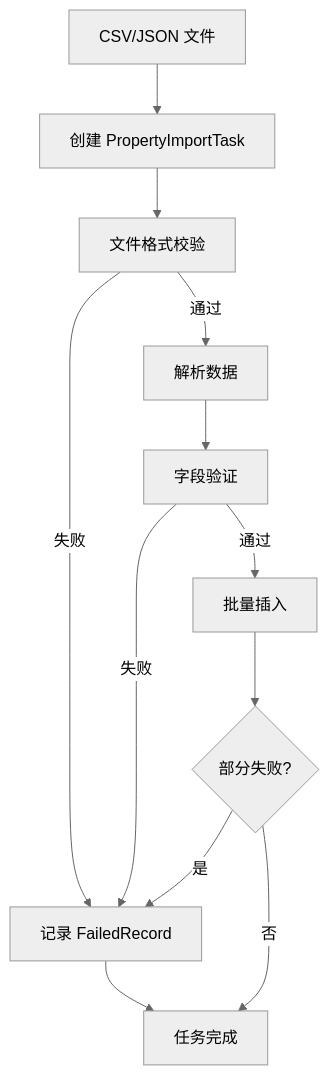
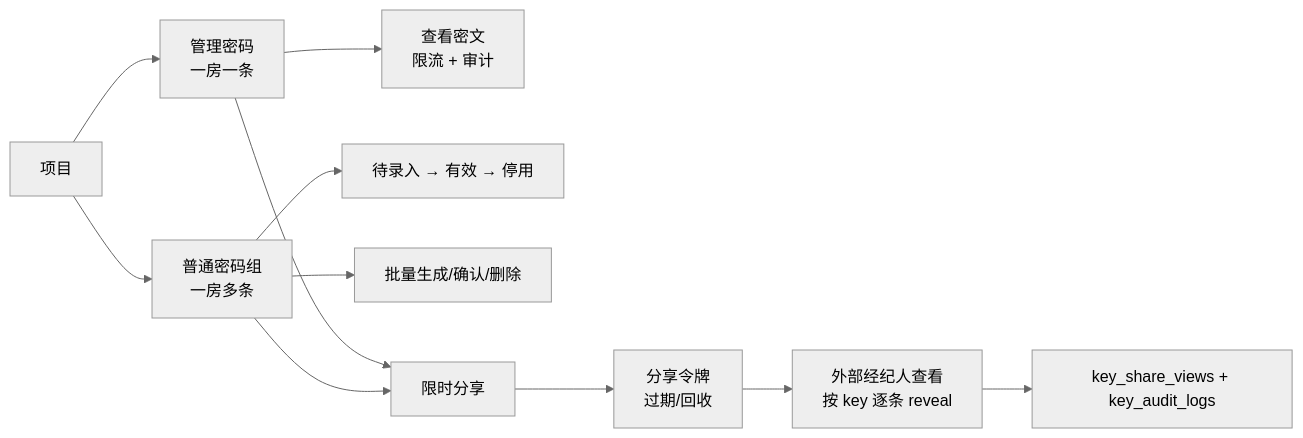
The tenth of 11 diagrams in README.md (kakaoxy/profo), drawn with Mermaid (neutral theme) before and after one commit. The commit also changed other lines of this file, not shown here.

````diff
--- a/README.md
+++ b/README.md
@@ -920,14 +1238,13 @@
 ```mermaid
-flowchart TD
-    A[CSV/JSON 文件] --> B[创建 PropertyImportTask]
-    B --> C[文件格式校验]
-    C -->|失败| D[记录 FailedRecord]
-    C -->|通过| E[解析数据]
-    E --> F[字段验证]
-    F -->|失败| D
-    F -->|通过| G[批量插入]
-    G --> H{部分失败?}
-    H -->|是| D
-    H -->|否| I[任务完成]
-    D --> I
+flowchart LR
+    A[项目] --> B[管理密码<br/>一房一条]
+    A --> C[普通密码组<br/>一房多条]
+    B --> D[查看密文<br/>限流 + 审计]
+    C --> E[待录入 → 有效 → 停用]
+    C --> F[批量生成/确认/删除]
+    B --> G[限时分享]
+    C --> G
+    G --> H[分享令牌<br/>过期/回收]
+    H --> I[外部经纪人查看<br/>按 key 逐条 reveal]
+    I --> J[key_share_views + key_audit_logs]
 ```
````
